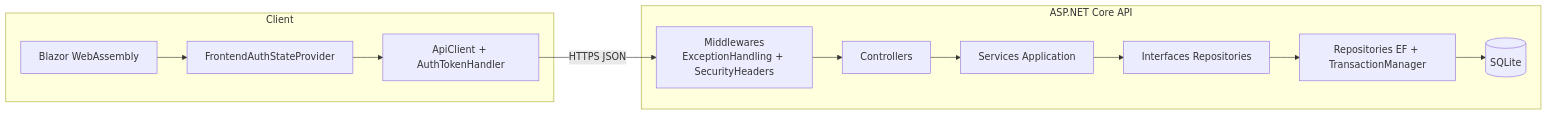
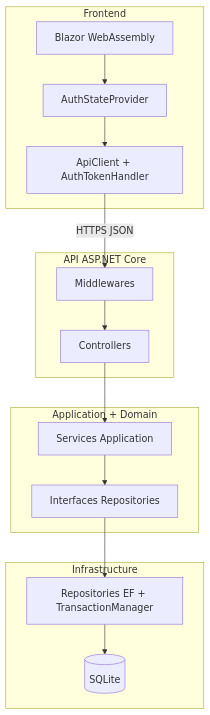
The second of 3 diagrams in docs/architecture.md (BAYRYO/AdvancedDevSample), drawn with Mermaid before and after one commit.

Commit message:
refactor: Update component diagram for improved clarity and structure

````diff
--- a/docs/architecture.md
+++ b/docs/architecture.md
@@ -18,26 +18,31 @@
 ```mermaid
-graph LR
-  subgraph Client
+graph TD
+  subgraph Client[Frontend]
     UI[Blazor WebAssembly]
-    AuthState[FrontendAuthStateProvider]
+    AuthState[AuthStateProvider]
     ApiClient[ApiClient + AuthTokenHandler]
+    UI --> AuthState --> ApiClient
   end
 
-  subgraph Backend[ASP.NET Core API]
-    MW[Middlewares<br/>ExceptionHandling + SecurityHeaders]
+  subgraph Api[API ASP.NET Core]
+    MW[Middlewares]
     Ctl[Controllers]
-    App[Services Application]
-    RepoPorts[Interfaces Repositories]
-    Infra[Repositories EF + TransactionManager]
-    Db[(SQLite)]
+    MW --> Ctl
   end
 
-  UI --> AuthState
-  AuthState --> ApiClient
+  subgraph Core[Application + Domain]
+    App[Services Application]
+    Ports[Interfaces Repositories]
+    App --> Ports
+  end
+
+  subgraph Infra[Infrastructure]
+    Repos[Repositories EF + TransactionManager]
+    Db[(SQLite)]
+    Repos --> Db
+  end
+
   ApiClient -->|HTTPS JSON| MW
-  MW --> Ctl
   Ctl --> App
-  App --> RepoPorts
-  RepoPorts --> Infra
-  Infra --> Db
+  Ports --> Repos
 ```
````
